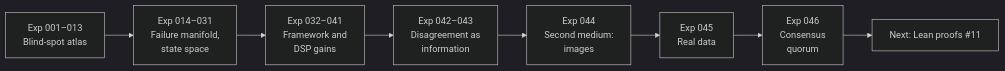
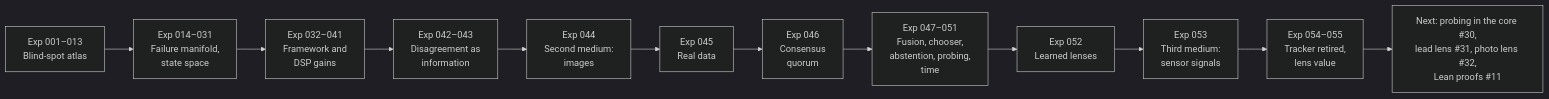
One commit to SpacekidLabs/representation-fragility-lab changed the third of 3 diagrams in README.md. Above: the diagram before and after it, drawn with Mermaid (dark theme). The commit also changed other lines of this file and 2 other files, not shown here.

First line of the commit message:
Bring the README and VISION overview up to Exp 055 (closes #34)

````diff
--- a/README.md
+++ b/README.md
@@ -89,10 +90,14 @@
 ```mermaid
 flowchart LR
     A["Exp 001–013<br/>Blind-spot atlas"] --> B["Exp 014–031<br/>Failure manifold,<br/>state space"]
     B --> C["Exp 032–041<br/>Framework and<br/>DSP gains"]
     C --> D["Exp 042–043<br/>Disagreement as<br/>information"]
     D --> E["Exp 044<br/>Second medium:<br/>images"]
     E --> G["Exp 045<br/>Real data"]
     G --> H["Exp 046<br/>Consensus<br/>quorum"]
-    H --> F["Next: Lean proofs #11"]
+    H --> I["Exp 047–051<br/>Fusion, chooser,<br/>abstention, probing,<br/>time"]
+    I --> J["Exp 052<br/>Learned lenses"]
+    J --> K["Exp 053<br/>Third medium:<br/>sensor signals"]
+    K --> L["Exp 054–055<br/>Tracker retired,<br/>lens value"]
+    L --> F["Next: probing in the core #30,<br/>lead lens #31, photo lens #32,<br/>Lean proofs #11"]
 ```
````
